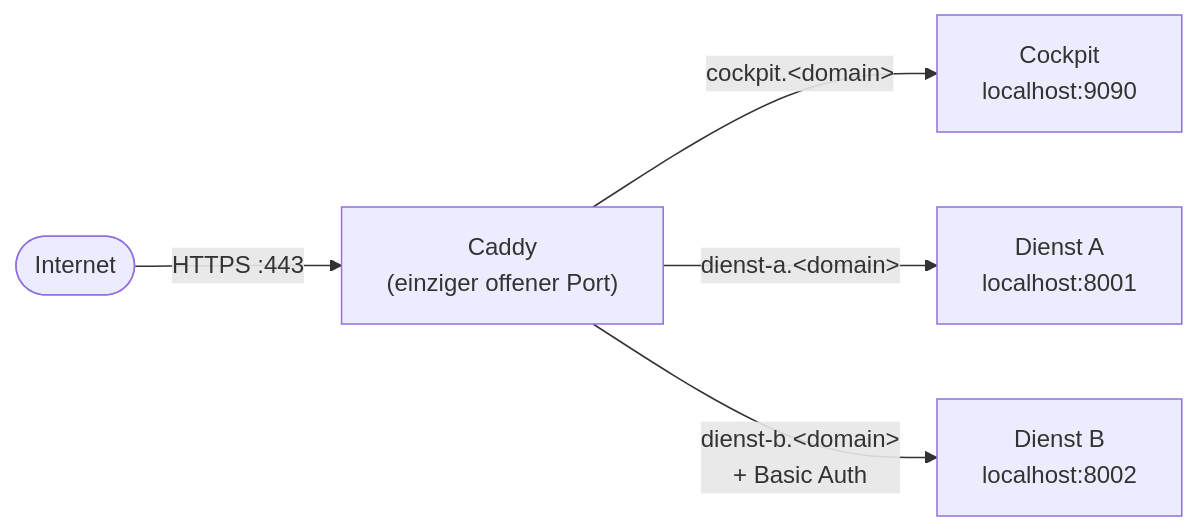
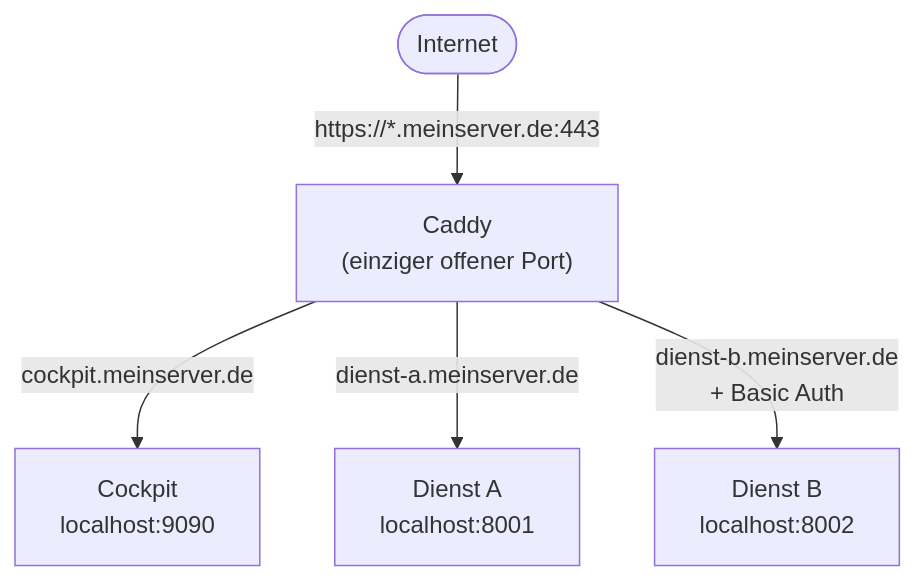
Before and after one commit to Lotter69/2026_02_linux: the diagram in Lab_04.md, drawn with Mermaid.

Commit message:
Diagramm leichter verständlich gemacht.

````diff
--- a/Lab_04.md
+++ b/Lab_04.md
@@ -576,7 +576,7 @@
 ```mermaid
-flowchart LR
-    Internet(["Internet"]) -->|"HTTPS :443"| Caddy["Caddy<br/>(einziger offener Port)"]
-    Caddy -->|"cockpit.&lt;domain&gt;"| Cockpit["Cockpit<br/>localhost:9090"]
-    Caddy -->|"dienst-a.&lt;domain&gt;"| DienstA["Dienst A<br/>localhost:8001"]
-    Caddy -->|"dienst-b.&lt;domain&gt;<br/>+ Basic Auth"| DienstB["Dienst B<br/>localhost:8002"]
+flowchart TD
+    Internet(["Internet"]) -->|"https://*.meinserver.de:443"| Caddy["Caddy<br/>(einziger offener Port)"]
+    Caddy -->|"cockpit.meinserver.de"| Cockpit["Cockpit<br/>localhost:9090"]
+    Caddy -->|"dienst-a.meinserver.de"| DienstA["Dienst A<br/>localhost:8001"]
+    Caddy -->|"dienst-b.meinserver.de<br/>+ Basic Auth"| DienstB["Dienst B<br/>localhost:8002"]
 ```
````
